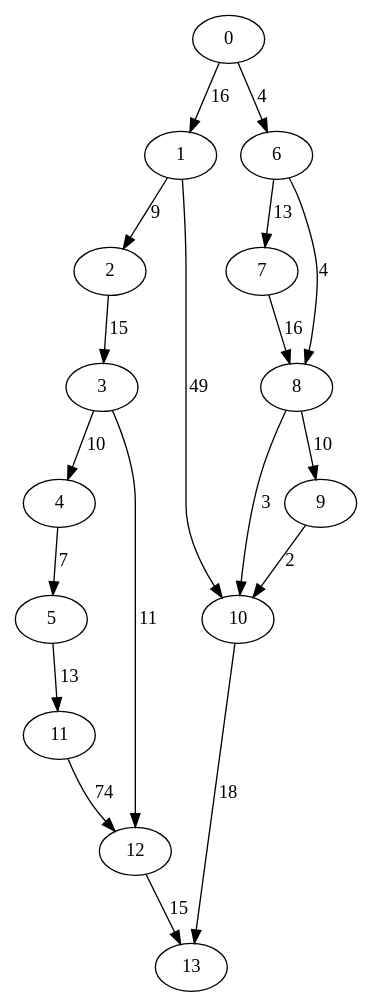
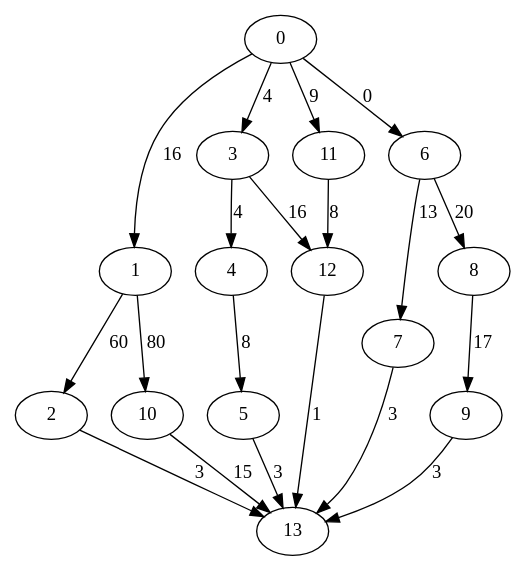
Before and after one commit to asaloniti/DagScheduling_old: the diagram in small.dot, drawn with Graphviz. The commit also changed 13 other files, not shown here.

```diff
--- a/small.dot
+++ b/small.dot
@@ -1,20 +1,21 @@
 digraph small {
 0 -> 1 [ label = 16 ];
-0 -> 6 [ label = 4 ];
-1 -> 2 [ label = 9 ];
-1 -> 10 [ label = 49 ];
-2 -> 3 [ label = 15 ];
-3 -> 4 [ label = 10 ];
-3 -> 12 [ label = 11 ];
-4 -> 5 [ label = 7 ];
-5 -> 11 [ label = 13 ];
+0 -> 3 [ label = 4 ];
+0 -> 6 [ label = 0 ];
+0 -> 11 [ label = 9 ];
+1 -> 2 [ label = 60 ];
+1 -> 10 [ label = 80 ];
+2 -> 13 [ label = 3 ];
+3 -> 4 [ label = 4 ];
+3 -> 12 [ label = 16 ];
+4 -> 5 [ label = 8 ];
+5 -> 13 [ label = 3 ];
 6 -> 7 [ label = 13 ];
-6 -> 8 [ label = 4 ];
-7 -> 8 [ label = 16 ];
-8 -> 9 [ label = 10 ];
-8 -> 10 [ label = 3 ];
-9 -> 10 [ label = 2 ];
-10 -> 13 [ label = 18 ];
-11 -> 12 [ label = 74 ];
-12 -> 13 [ label = 15 ];
+6 -> 8 [ label = 20 ];
+7 -> 13 [ label = 3 ];
+8 -> 9 [ label = 17 ];
+9 -> 13 [ label = 3 ];
+10 -> 13 [ label = 15 ];
+11 -> 12 [ label = 8 ];
+12 -> 13 [ label = 1 ];
  }
```
